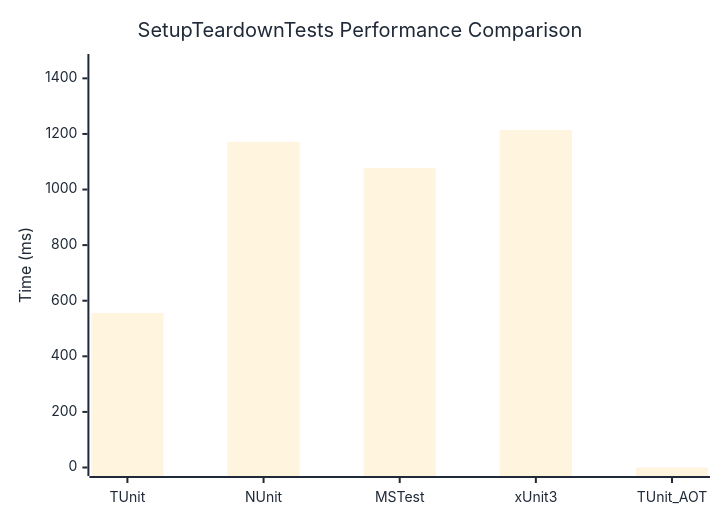
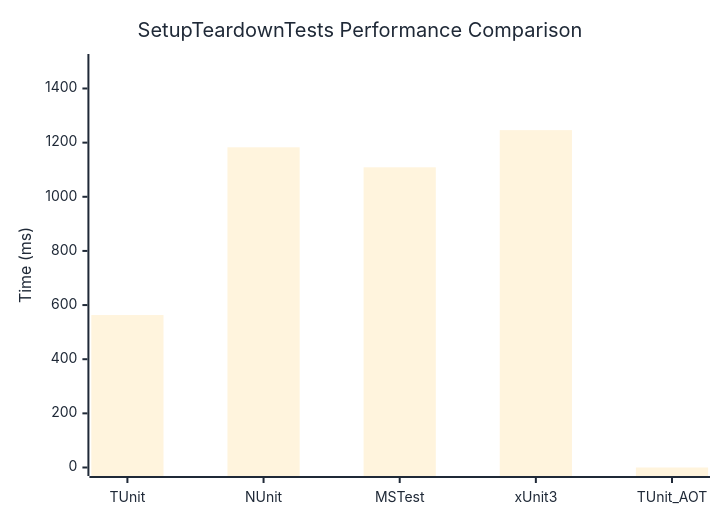
The diagram in docs/docs/benchmarks/SetupTeardownTests.md (thomhurst/TUnit), drawn with Mermaid before and after one commit. The commit also changed other lines of this file and 17 other files, not shown here.

````diff
--- a/docs/docs/benchmarks/SetupTeardownTests.md
+++ b/docs/docs/benchmarks/SetupTeardownTests.md
@@ -27,37 +27,37 @@
 ```mermaid
 %%{init: {
   'theme':'base',
   'themeVariables': {
     'primaryColor': '#2563eb',
     'primaryTextColor': '#1f2937',
     'primaryBorderColor': '#1e40af',
     'lineColor': '#6b7280',
     'secondaryColor': '#7c3aed',
     'tertiaryColor': '#dc2626',
     'background': '#ffffff',
     'mainBkg': '#2563eb',
     'secondBkg': '#7c3aed',
     'tertiaryBkg': '#dc2626',
     'clusterBkg': '#f3f4f6',
     'edgeLabelBackground': '#ffffff',
     'tertiaryTextColor': '#1f2937',
     'pie1': '#2563eb',
     'pie2': '#7c3aed',
     'pie3': '#dc2626',
     'pie4': '#f59e0b',
     'pie5': '#10b981',
     'pie6': '#06b6d4',
     'pie7': '#ec4899',
     'pie8': '#6366f1',
     'pie9': '#84cc16',
     'pie10': '#f97316',
     'pie11': '#14b8a6',
     'pie12': '#a855f7'
   }
 }}%%
 xychart-beta
   title "SetupTeardownTests Performance Comparison"
   x-axis ["TUnit", "NUnit", "MSTest", "xUnit3", "TUnit_AOT"]
-  y-axis "Time (ms)" 0 --> 1457
-  bar [555.4, 1171.7, 1077.7, 1213.9, 0]
+  y-axis "Time (ms)" 0 --> 1496
+  bar [563.1, 1182.7, 1108.9, 1246.2, 0]
 ```
````
